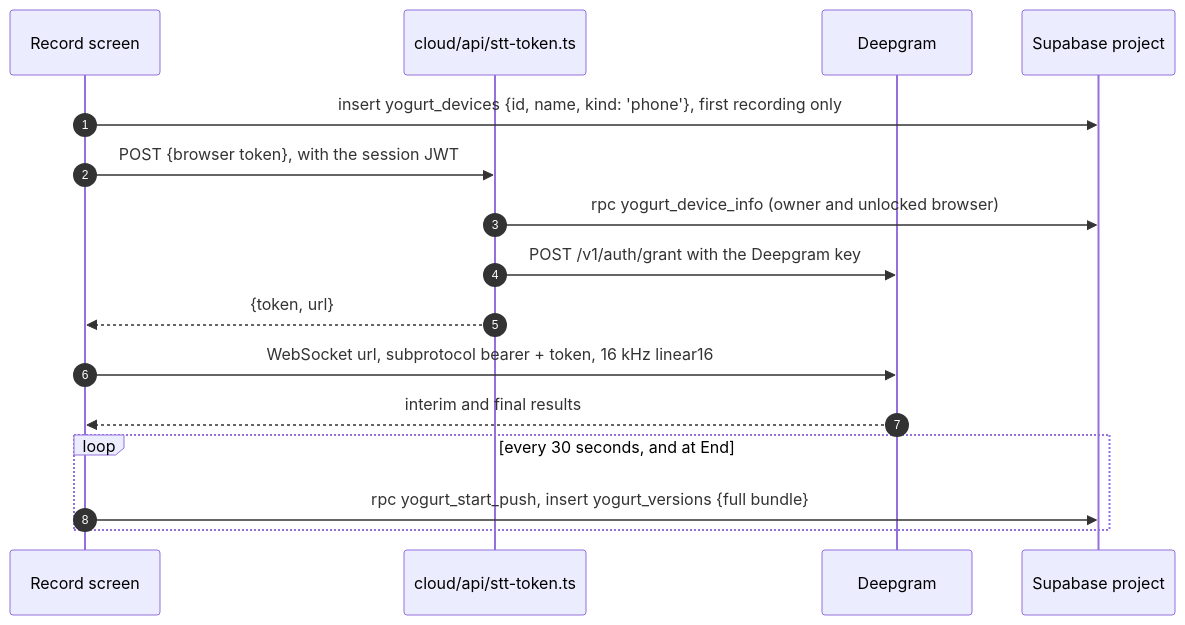
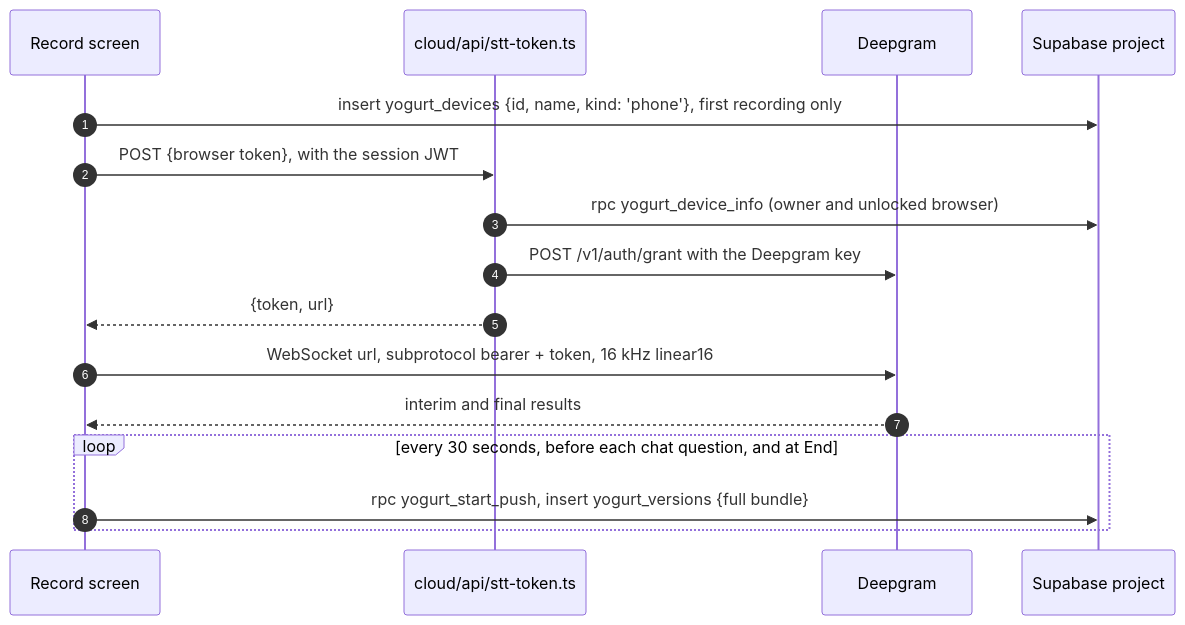
Before and after one commit to jarvisrchen/yogurt: diagram 14 of 14 in docs/ARCHITECTURE.md, drawn with Mermaid. The commit also changed other lines of this file and 7 other files, not shown here.

Commit message:
MOB-3: Ask the meeting while recording, pushing it before each question

````diff
--- a/docs/ARCHITECTURE.md
+++ b/docs/ARCHITECTURE.md
@@ -996,19 +996,19 @@
 ```mermaid
 sequenceDiagram
   autonumber
   participant R as Record screen
   participant F as cloud/api/stt-token.ts
   participant D as Deepgram
   participant P as Supabase project
 
   R->>P: insert yogurt_devices {id, name, kind: 'phone'}, first recording only
   R->>F: POST {browser token}, with the session JWT
   F->>P: rpc yogurt_device_info (owner and unlocked browser)
   F->>D: POST /v1/auth/grant with the Deepgram key
   F-->>R: {token, url}
   R->>D: WebSocket url, subprotocol bearer + token, 16 kHz linear16
   D-->>R: interim and final results
-  loop every 30 seconds, and at End
+  loop every 30 seconds, before each chat question, and at End
     R->>P: rpc yogurt_start_push, insert yogurt_versions {full bundle}
   end
 ```
````
